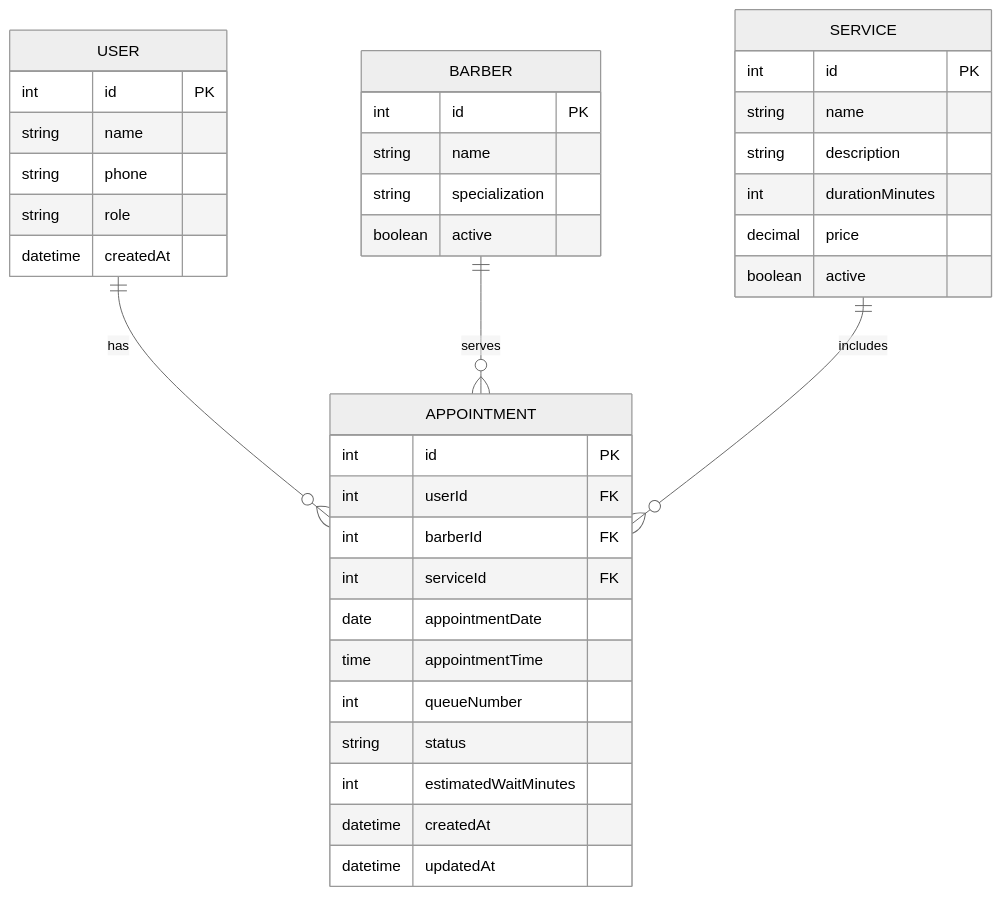
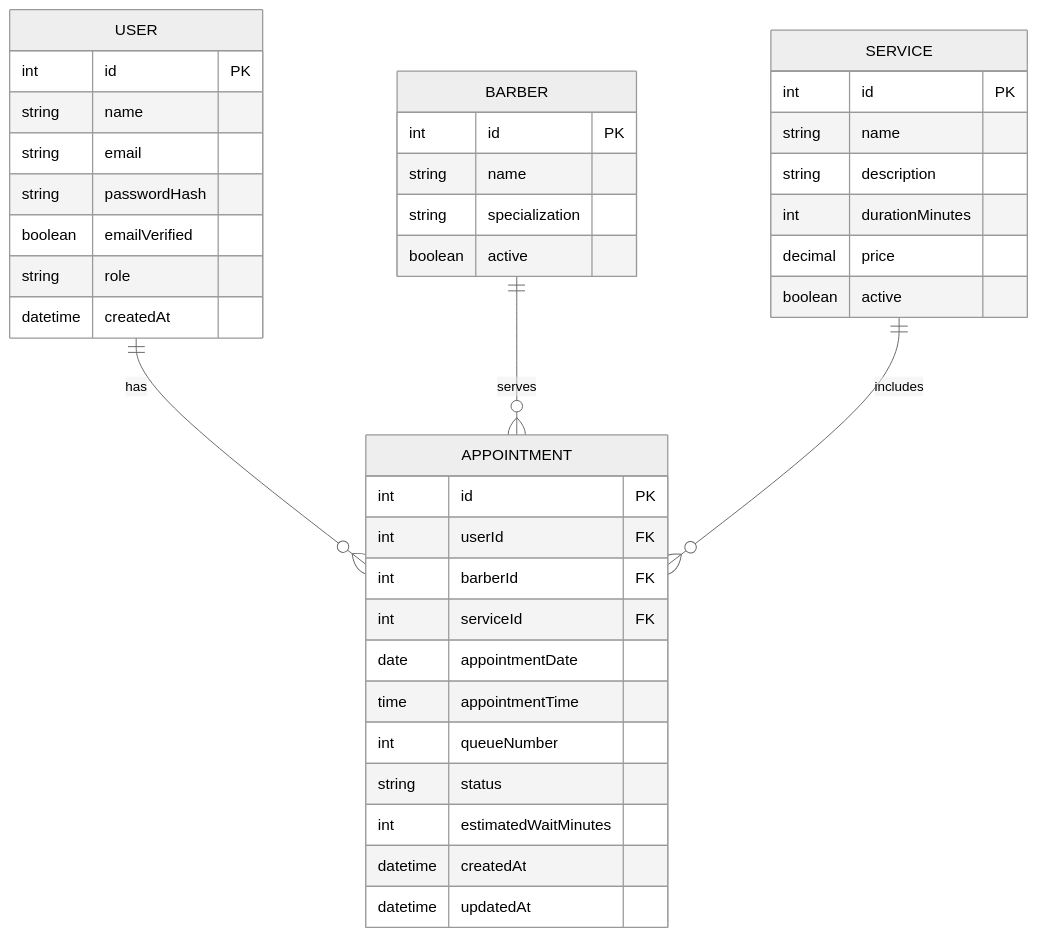
The diagram in docs/diagrams/er-diagram.mmd (ajanani416-rgb/Capstone), drawn with Mermaid (neutral theme) before and after one commit. The commit also changed 58 other files, not shown here.

```diff
--- a/docs/diagrams/er-diagram.mmd
+++ b/docs/diagrams/er-diagram.mmd
@@ -1,39 +1,41 @@
 erDiagram
     USER {
         int id PK
         string name
-        string phone
+        string email
+        string passwordHash
+        boolean emailVerified
         string role
         datetime createdAt
     }
     SERVICE {
         int id PK
         string name
         string description
         int durationMinutes
         decimal price
         boolean active
     }
     BARBER {
         int id PK
         string name
         string specialization
         boolean active
     }
     APPOINTMENT {
         int id PK
         int userId FK
         int barberId FK
         int serviceId FK
         date appointmentDate
         time appointmentTime
         int queueNumber
         string status
         int estimatedWaitMinutes
         datetime createdAt
         datetime updatedAt
     }
 
     USER ||--o{ APPOINTMENT : "has"
     BARBER ||--o{ APPOINTMENT : "serves"
     SERVICE ||--o{ APPOINTMENT : "includes"
```
